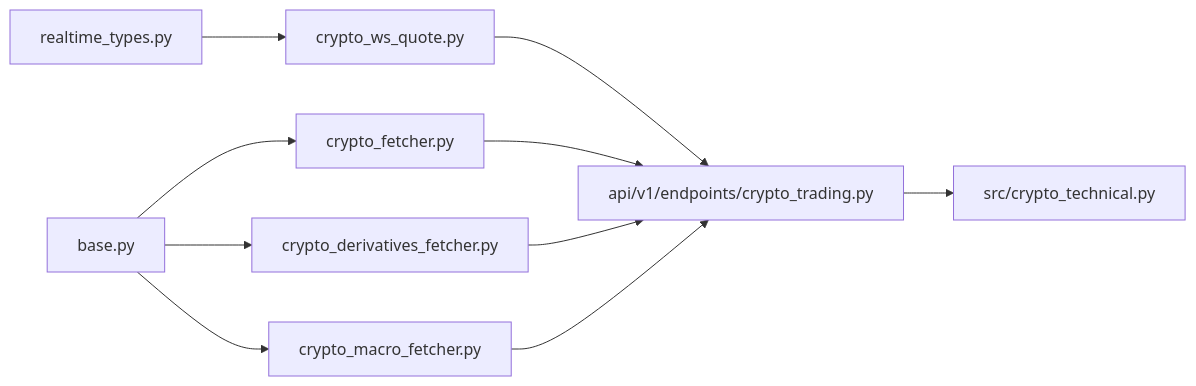
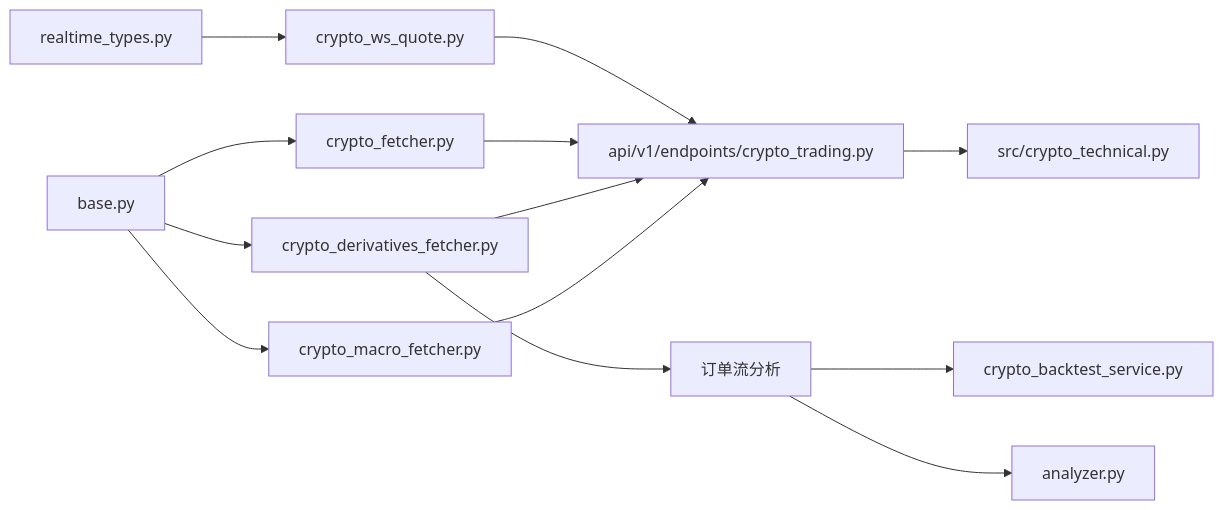
Diagram 12 of 12 in .qoder/repowiki/zh/content/数据源集成/股票数据源/加密货币数据提供商.md (anYaoooo/daily_stock_analysis), drawn with Mermaid before and after one commit. The commit also changed other lines of this file and 23 other files, not shown here.

````diff
--- a/.qoder/repowiki/zh/content/数据源集成/股票数据源/加密货币数据提供商.md
+++ b/.qoder/repowiki/zh/content/数据源集成/股票数据源/加密货币数据提供商.md
@@ -330,12 +395,15 @@
 ```mermaid
 graph LR
 Base["base.py"] --> CF["crypto_fetcher.py"]
 Base --> CDF["crypto_derivatives_fetcher.py"]
 Base --> CMF["crypto_macro_fetcher.py"]
 RT["realtime_types.py"] --> CWS["crypto_ws_quote.py"]
 CWS --> API_EP["api/v1/endpoints/crypto_trading.py"]
 CF --> API_EP
 CDF --> API_EP
 CMF --> API_EP
 API_EP --> CT["src/crypto_technical.py"]
+CDF --> ABS["订单流分析"]
+ABS --> CBS["crypto_backtest_service.py"]
+ABS --> ANA["analyzer.py"]
 ```
````
